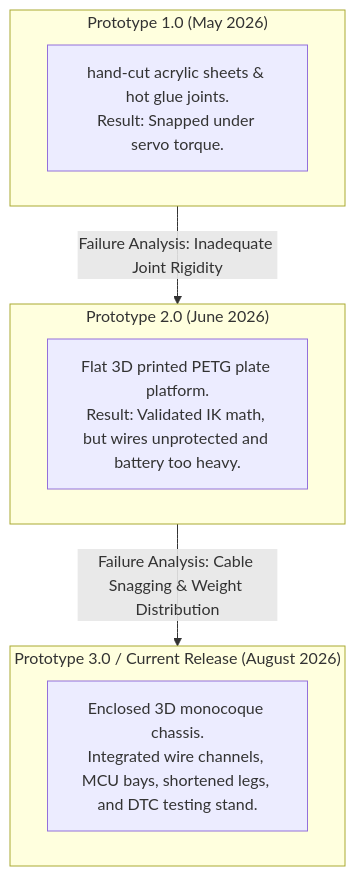
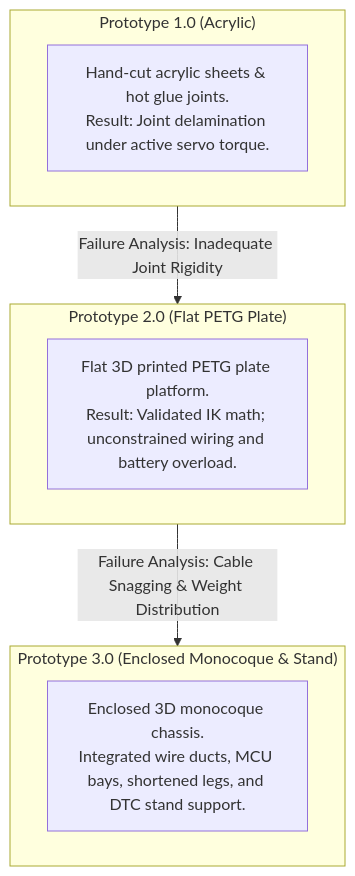
One commit to GrrGrrMan/spider-blog changed the third of 3 diagrams in src/content/docs/03-3d-cad-fabrication.md. Above: the diagram before and after it, drawn with Mermaid. The commit also changed other lines of this file and 39 other files, not shown here.

````diff
--- a/src/content/docs/03-3d-cad-fabrication.md
+++ b/src/content/docs/03-3d-cad-fabrication.md
@@ -79,17 +89,17 @@
 ```mermaid
 flowchart TD
-    subgraph Proto1 ["Prototype 1.0 (May 2026)"]
-        P1_DESC["hand-cut acrylic sheets & hot glue joints.<br/>Result: Snapped under servo torque."]
+    subgraph Proto1 ["Prototype 1.0 (Acrylic)"]
+        P1_DESC["Hand-cut acrylic sheets & hot glue joints.<br/>Result: Joint delamination under active servo torque."]
     end
 
-    subgraph Proto2 ["Prototype 2.0 (June 2026)"]
-        P2_DESC["Flat 3D printed PETG plate platform.<br/>Result: Validated IK math, but wires unprotected and battery too heavy."]
+    subgraph Proto2 ["Prototype 2.0 (Flat PETG Plate)"]
+        P2_DESC["Flat 3D printed PETG plate platform.<br/>Result: Validated IK math; unconstrained wiring and battery overload."]
     end
 
-    subgraph Proto3 ["Prototype 3.0 / Current Release (August 2026)"]
-        P3_DESC["Enclosed 3D monocoque chassis.<br/>Integrated wire channels, MCU bays, shortened legs, and DTC testing stand."]
+    subgraph Proto3 ["Prototype 3.0 (Enclosed Monocoque & Stand)"]
+        P3_DESC["Enclosed 3D monocoque chassis.<br/>Integrated wire ducts, MCU bays, shortened legs, and DTC stand support."]
     end
 
     Proto1 -->|Failure Analysis: Inadequate Joint Rigidity| Proto2
     Proto2 -->|Failure Analysis: Cable Snagging & Weight Distribution| Proto3
 ```
````
